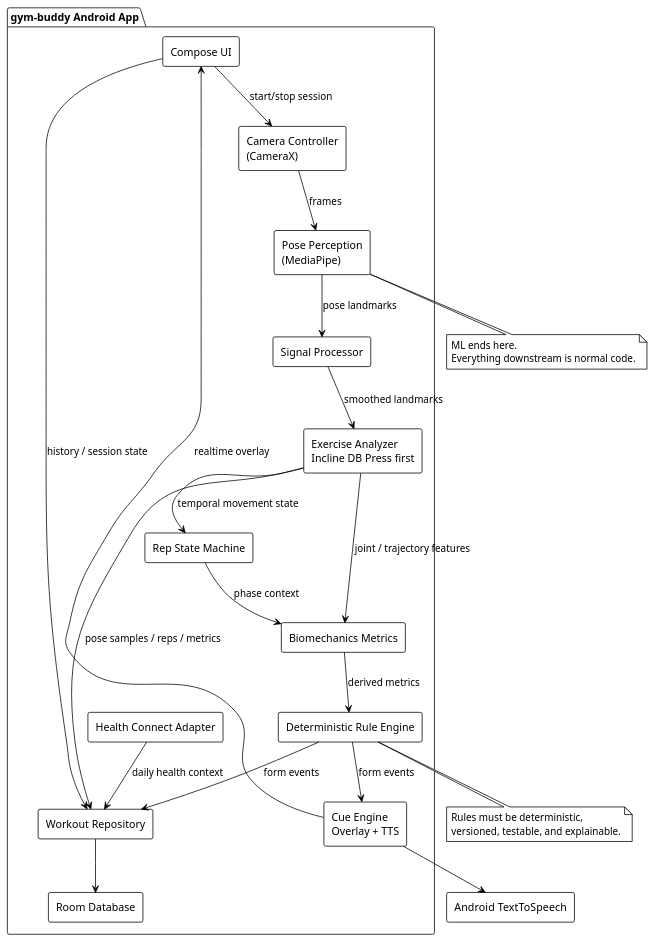
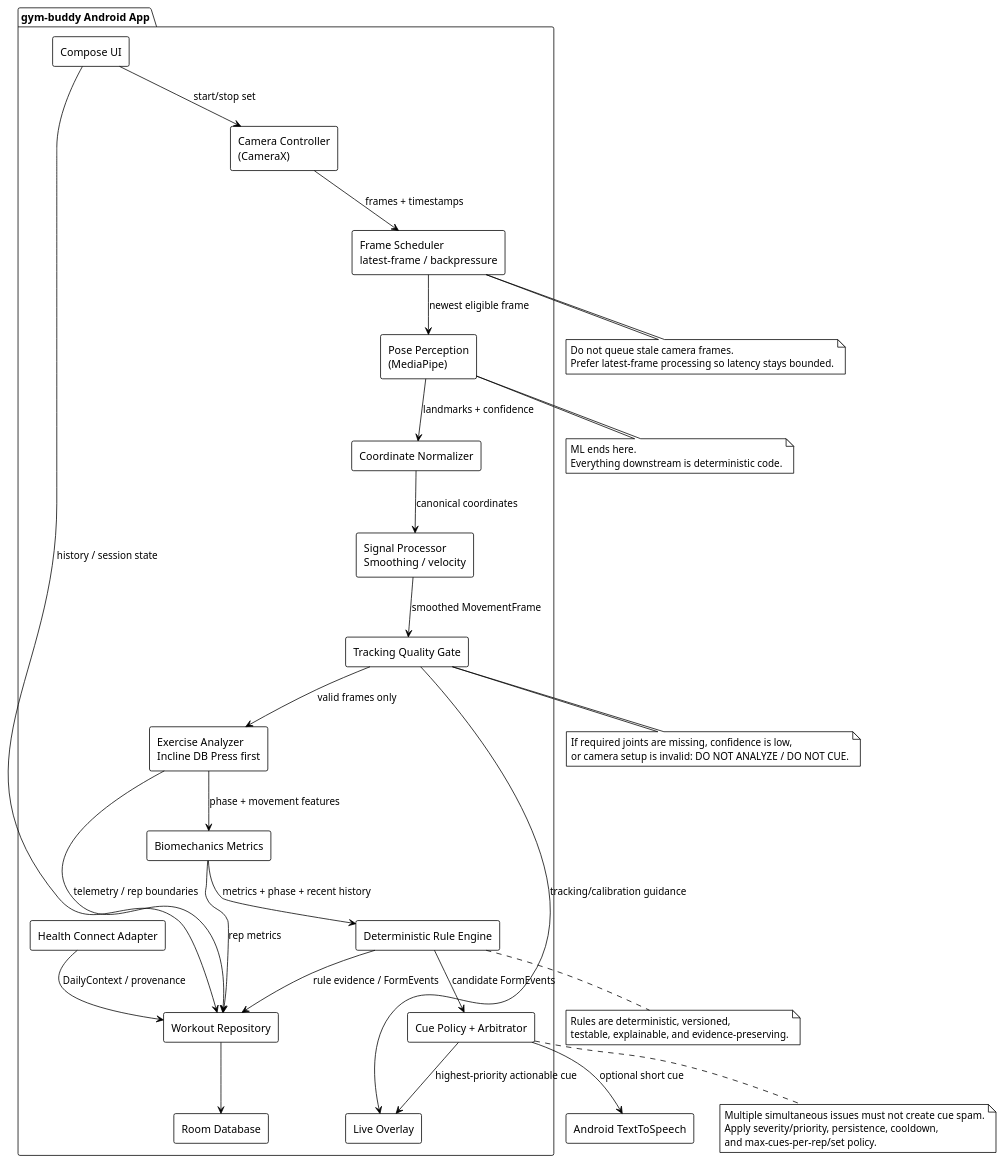
Before and after one commit to lazerta/gym-buddy: the diagram in docs/uml/02-android-components.puml, drawn with PlantUML.

Commit message:
Refine realtime Android component architecture

```diff
--- a/docs/uml/02-android-components.puml
+++ b/docs/uml/02-android-components.puml
@@ -1,48 +1,70 @@
 @startuml
 !theme plain
 skinparam shadowing false
 skinparam componentStyle rectangle
 
 package "gym-buddy Android App" {
   [Compose UI] as UI
   [Camera Controller\n(CameraX)] as Camera
+  [Frame Scheduler\nlatest-frame / backpressure] as Scheduler
   [Pose Perception\n(MediaPipe)] as Pose
-  [Signal Processor] as Signal
+  [Coordinate Normalizer] as Normalize
+  [Signal Processor\nSmoothing / velocity] as Signal
+  [Tracking Quality Gate] as Quality
   [Exercise Analyzer\nIncline DB Press first] as Analyzer
-  [Rep State Machine] as RepSM
   [Biomechanics Metrics] as Metrics
   [Deterministic Rule Engine] as Rules
-  [Cue Engine\nOverlay + TTS] as Cue
+  [Cue Policy + Arbitrator] as CuePolicy
+  [Live Overlay] as Overlay
   [Workout Repository] as Repo
   [Health Connect Adapter] as Health
   [Room Database] as Room
 }
 
-UI --> Camera : start/stop session
-Camera --> Pose : frames
-Pose --> Signal : pose landmarks
-Signal --> Analyzer : smoothed landmarks
-Analyzer --> RepSM : temporal movement state
-Analyzer --> Metrics : joint / trajectory features
-RepSM --> Metrics : phase context
-Metrics --> Rules : derived metrics
-Rules --> Cue : form events
-Cue --> UI : realtime overlay
-Cue --> [Android TextToSpeech]
-Analyzer --> Repo : pose samples / reps / metrics
-Rules --> Repo : form events
-Health --> Repo : daily health context
+UI --> Camera : start/stop set
+Camera --> Scheduler : frames + timestamps
+Scheduler --> Pose : newest eligible frame
+Pose --> Normalize : landmarks + confidence
+Normalize --> Signal : canonical coordinates
+Signal --> Quality : smoothed MovementFrame
+Quality --> Analyzer : valid frames only
+Quality --> Overlay : tracking/calibration guidance
+Analyzer --> Metrics : phase + movement features
+Metrics --> Rules : metrics + phase + recent history
+Rules --> CuePolicy : candidate FormEvents
+CuePolicy --> Overlay : highest-priority actionable cue
+CuePolicy --> [Android TextToSpeech] : optional short cue
+Analyzer --> Repo : telemetry / rep boundaries
+Metrics --> Repo : rep metrics
+Rules --> Repo : rule evidence / FormEvents
+Health --> Repo : DailyContext / provenance
 Repo --> Room
 UI --> Repo : history / session state
 
 note bottom of Pose
 ML ends here.
-Everything downstream is normal code.
+Everything downstream is deterministic code.
+end note
+
+note bottom of Scheduler
+Do not queue stale camera frames.
+Prefer latest-frame processing so latency stays bounded.
+end note
+
+note bottom of Quality
+If required joints are missing, confidence is low,
+or camera setup is invalid: DO NOT ANALYZE / DO NOT CUE.
 end note
 
 note bottom of Rules
-Rules must be deterministic,
-versioned, testable, and explainable.
+Rules are deterministic, versioned,
+testable, explainable, and evidence-preserving.
+end note
+
+note bottom of CuePolicy
+Multiple simultaneous issues must not create cue spam.
+Apply severity/priority, persistence, cooldown,
+and max-cues-per-rep/set policy.
 end note
 
 @enduml
```
